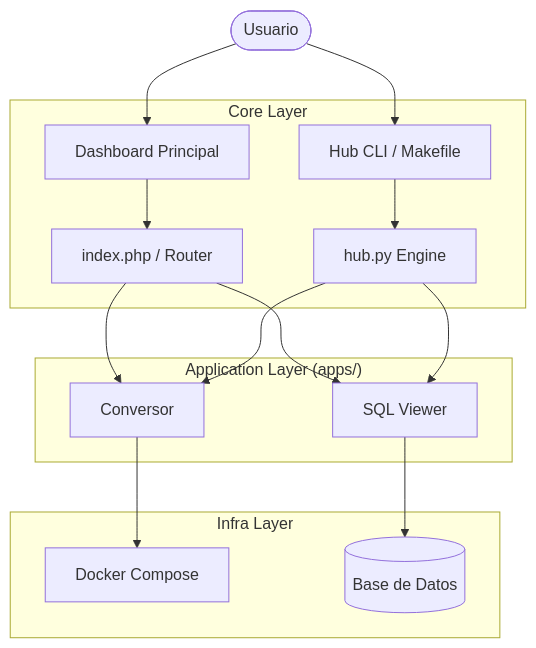
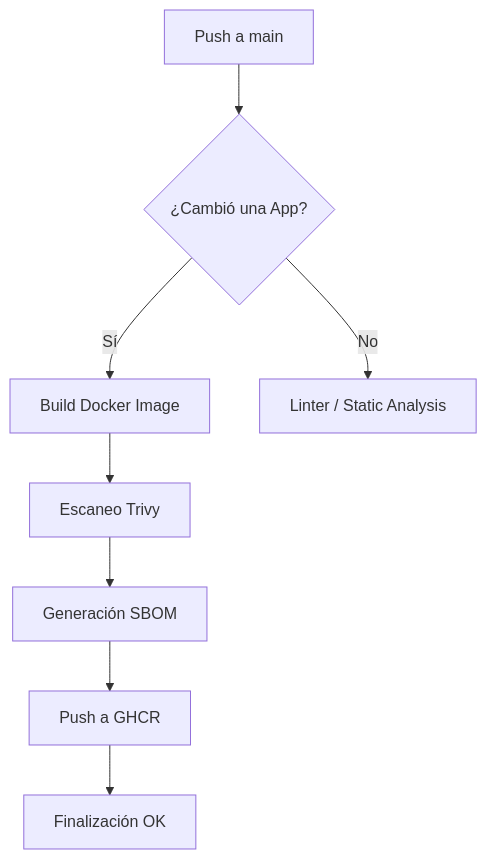
The diagram in docs/wiki/Arquitectura.md (vladimiracunadev-create/microsistemas), drawn with Mermaid before and after one commit. The commit also changed other lines of this file and 31 other files, not shown here.

````diff
--- a/docs/wiki/Arquitectura.md
+++ b/docs/wiki/Arquitectura.md
@@ -7,22 +43,10 @@
 ```mermaid
 graph TD
-    User([Usuario]) --> WebUI[Dashboard Principal]
-    User --> CLI[Hub CLI / Makefile]
-    
-    subgraph "Core Layer"
-        WebUI --> Router[index.php / Router]
-        CLI --> HubEngine[hub.py Engine]
-    end
-    
-    subgraph "Application Layer (apps/)"
-        Router --> App1[Conversor]
-        Router --> App2[SQL Viewer]
-        HubEngine --> App1
-        HubEngine --> App2
-    end
-    
-    subgraph "Infra Layer"
-        App1 --> Docker[Docker Compose]
-        App2 --> MySQL[(Base de Datos)]
-    end
+    A[Push a main] --> B{¿Cambió una App?}
+    B -- Sí --> C[Build Docker Image]
+    B -- No --> D[Linter / Static Analysis]
+    C --> E[Escaneo Trivy]
+    E --> F[Generación SBOM]
+    F --> G[Push a GHCR]
+    G --> H[Finalización OK]
 ```
````
